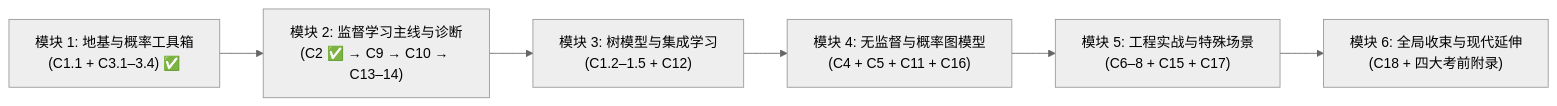
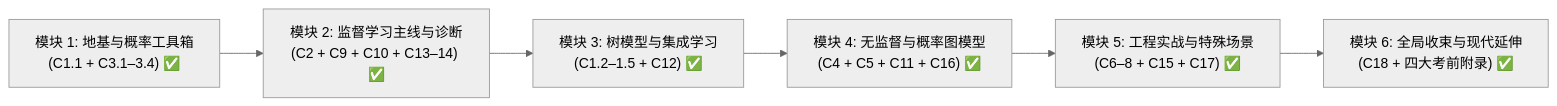
One commit to KayeAdams515/ClaudeNotes changed the first of 18 diagrams in 机器学习/机器学习零基础复习提纲（全18章）.md. Above: the diagram before and after it, drawn with Mermaid (neutral theme). The commit also changed other lines of this file, not shown here.

````diff
--- a/机器学习/机器学习零基础复习提纲（全18章）.md
+++ b/机器学习/机器学习零基础复习提纲（全18章）.md
@@ -19,8 +19,8 @@
 ```mermaid
 flowchart LR
-    M1["模块 1: 地基与概率工具箱<br/>(C1.1 + C3.1–3.4) ✅"] --> M2["模块 2: 监督学习主线与诊断<br/>(C2 ✅ → C9 → C10 → C13–14)"]
-    M2 --> M3["模块 3: 树模型与集成学习<br/>(C1.2–1.5 + C12)"]
-    M3 --> M4["模块 4: 无监督与概率图模型<br/>(C4 + C5 + C11 + C16)"]
-    M4 --> M5["模块 5: 工程实战与特殊场景<br/>(C6–8 + C15 + C17)"]
-    M5 --> M6["模块 6: 全局收束与现代延伸<br/>(C18 + 四大考前附录)"]
+    M1["模块 1: 地基与概率工具箱<br/>(C1.1 + C3.1–3.4) ✅"] --> M2["模块 2: 监督学习主线与诊断<br/>(C2 + C9 + C10 + C13–14) ✅"]
+    M2 --> M3["模块 3: 树模型与集成学习<br/>(C1.2–1.5 + C12) ✅"]
+    M3 --> M4["模块 4: 无监督与概率图模型<br/>(C4 + C5 + C11 + C16) ✅"]
+    M4 --> M5["模块 5: 工程实战与特殊场景<br/>(C6–8 + C15 + C17) ✅"]
+    M5 --> M6["模块 6: 全局收束与现代延伸<br/>(C18 + 四大考前附录) ✅"]
 ```
````
